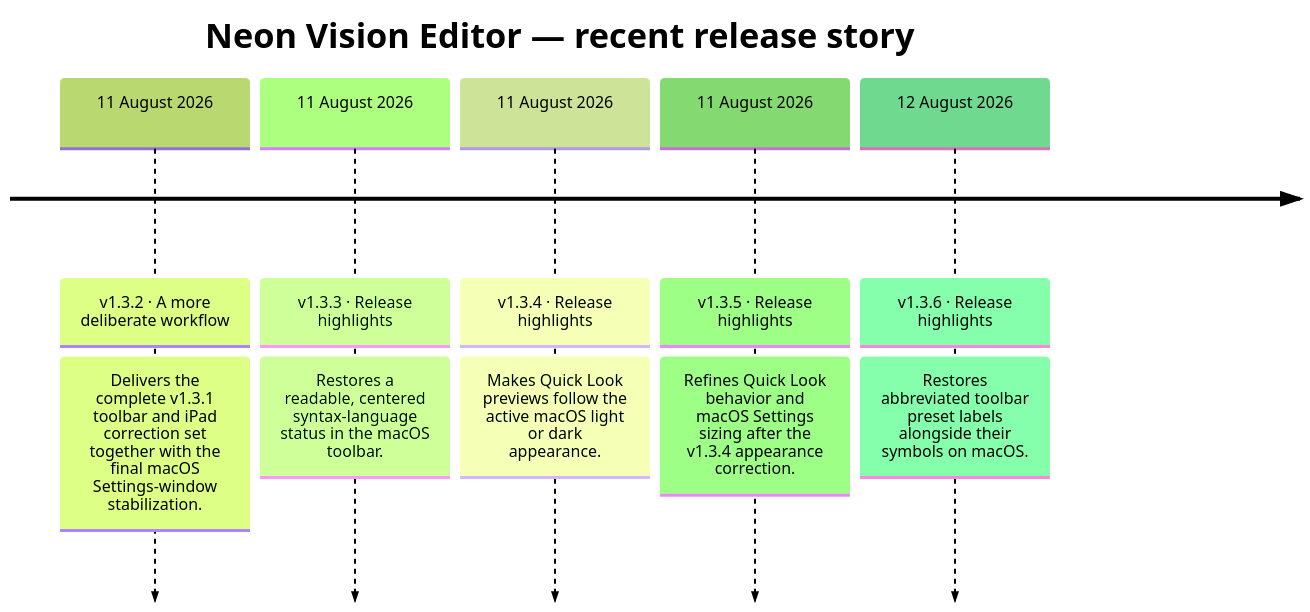
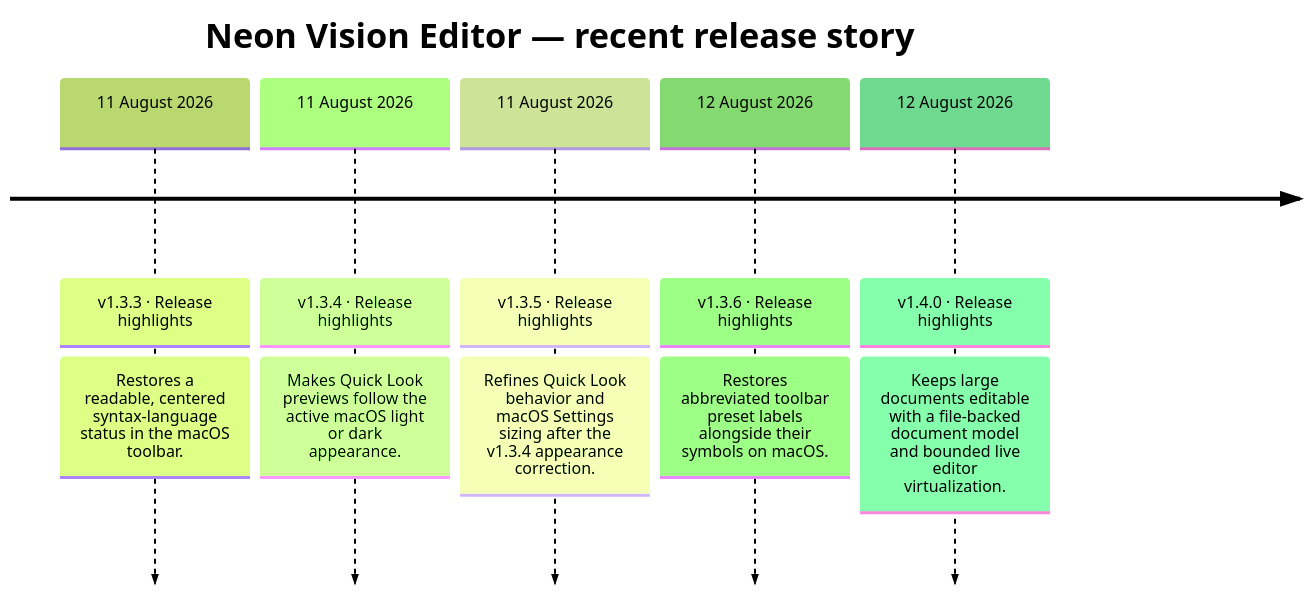
Before and after one commit to h3pdesign/Neon-Vision-Editor: the second of 2 diagrams in README.md, drawn with Mermaid (forest theme). The commit also changed other lines of this file and 13 other files, not shown here.

````diff
--- a/README.md
+++ b/README.md
@@ -770,14 +760,14 @@
 ```mermaid
 timeline
     title Neon Vision Editor — recent release story
-    11 August 2026 : v1.3.2 · A more deliberate workflow
-                : Delivers the complete v1.3.1 toolbar and iPad correction set together with the final macOS Settings-window stabilization.
     11 August 2026 : v1.3.3 · Release highlights
                 : Restores a readable, centered syntax-language status in the macOS toolbar.
     11 August 2026 : v1.3.4 · Release highlights
                 : Makes Quick Look previews follow the active macOS light or dark appearance.
     11 August 2026 : v1.3.5 · Release highlights
                 : Refines Quick Look behavior and macOS Settings sizing after the v1.3.4 appearance correction.
     12 August 2026 : v1.3.6 · Release highlights
                 : Restores abbreviated toolbar preset labels alongside their symbols on macOS.
+    12 August 2026 : v1.4.0 · Release highlights
+                : Keeps large documents editable with a file-backed document model and bounded live editor virtualization.
 ```
````
